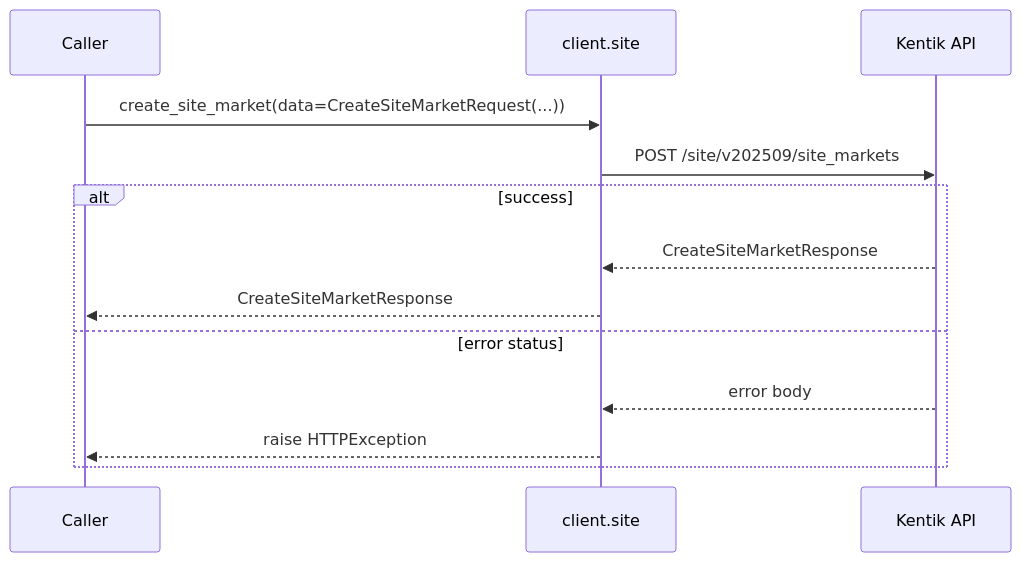
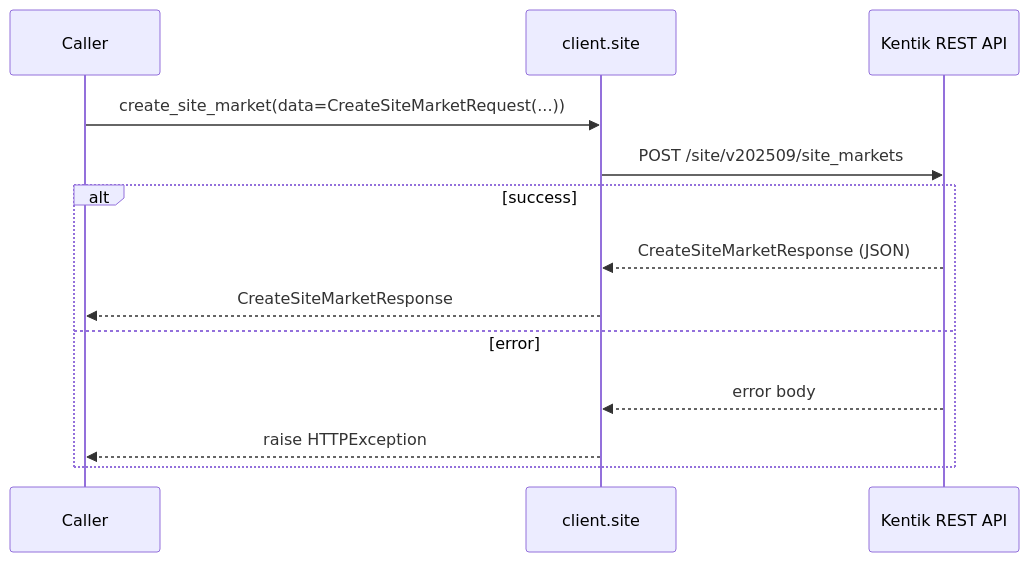
Before and after one commit to alexdearaujo/community_sdk_python: the fourth of 22 diagrams in docs/sphinx/services/site.md, drawn with Mermaid. The commit also changed other lines of this file and 61 other files, not shown here.

````diff
--- a/docs/sphinx/services/site.md
+++ b/docs/sphinx/services/site.md
@@ -75,16 +102,16 @@
 ```mermaid
 sequenceDiagram
     participant C as Caller
     participant W as client.site
-    participant API as Kentik API
+    participant API as Kentik REST API
 
     C->>W: create_site_market(data=CreateSiteMarketRequest(...))
     W->>API: POST /site/v202509/site_markets
     alt success
-        API-->>W: CreateSiteMarketResponse
+        API-->>W: CreateSiteMarketResponse (JSON)
         W-->>C: CreateSiteMarketResponse
-    else error status
+    else error
         API-->>W: error body
         W-->>C: raise HTTPException
     end
 ```
````
